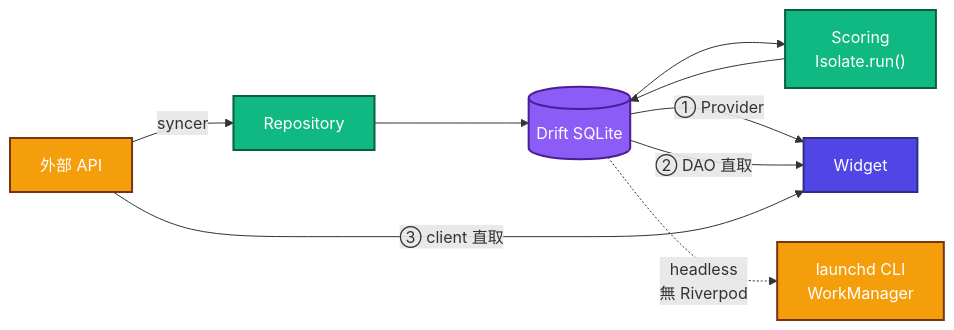
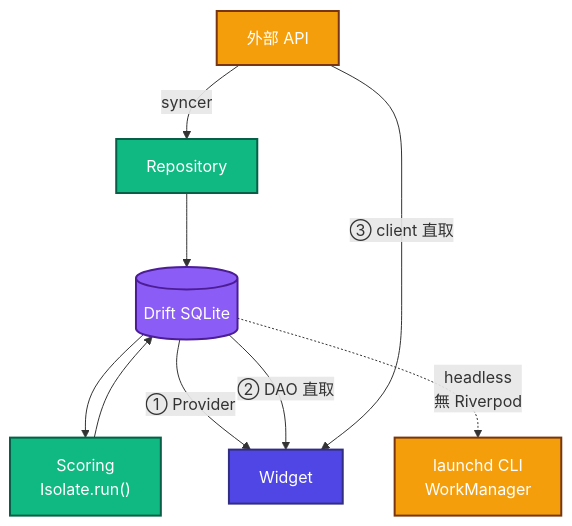
Before and after one commit to Neal75418/daredevil: the second of 2 diagrams in .claude/rules/architecture.md, drawn with Mermaid. The commit also changed other lines of this file and 1 other file, not shown here.

First line of the commit message:
docs: 修正 rules 圖表的 emoji 破圖與版面

````diff
--- a/.claude/rules/architecture.md
+++ b/.claude/rules/architecture.md
@@ -58,22 +65,22 @@
 ```mermaid
-flowchart LR
+flowchart TB
     API["外部 API"] -->|syncer| Repo["Repository"]
     Repo --> DB[("Drift SQLite")]
     DB --> Score["Scoring<br/>Isolate.run()"]
     Score --> DB
 
     DB -->|① Provider| UI["Widget"]
     DB -->|② DAO 直取| UI
     API -->|③ client 直取| UI
     DB -.->|headless<br/>無 Riverpod| CLI["launchd CLI<br/>WorkManager"]
 
     classDef ext fill:#F59E0B,stroke:#78350F,stroke-width:2px,color:#FFFFFF
     classDef store fill:#8B5CF6,stroke:#4C1D95,stroke-width:2px,color:#FFFFFF
     classDef dom fill:#10B981,stroke:#065F46,stroke-width:2px,color:#FFFFFF
     classDef pres fill:#4F46E5,stroke:#312E81,stroke-width:2px,color:#FFFFFF
 
     class API,CLI ext
     class Repo,Score dom
     class DB store
     class UI pres
 ```
````
